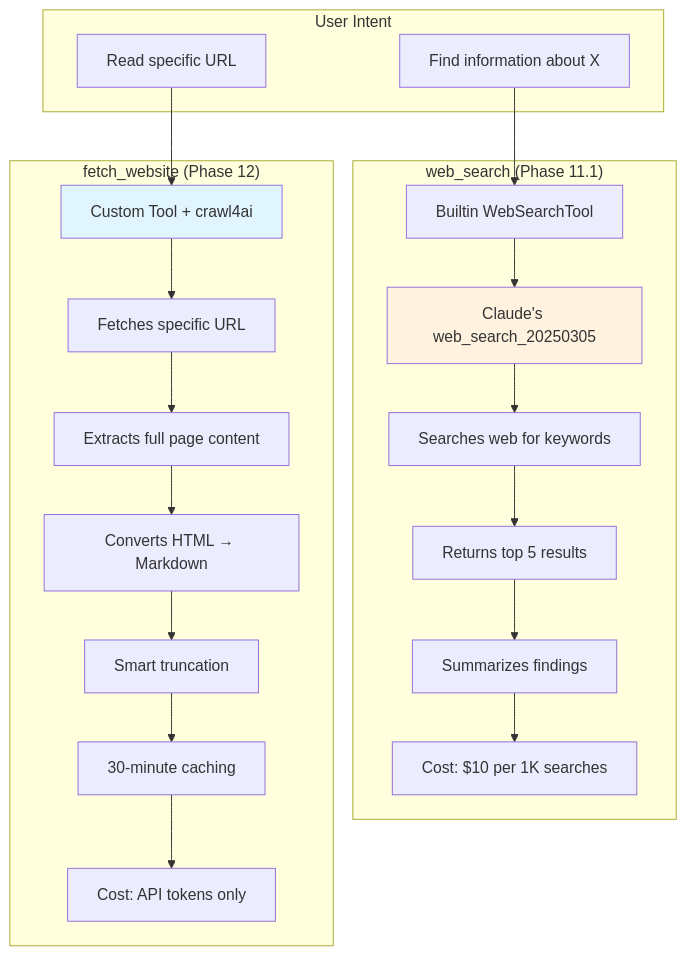
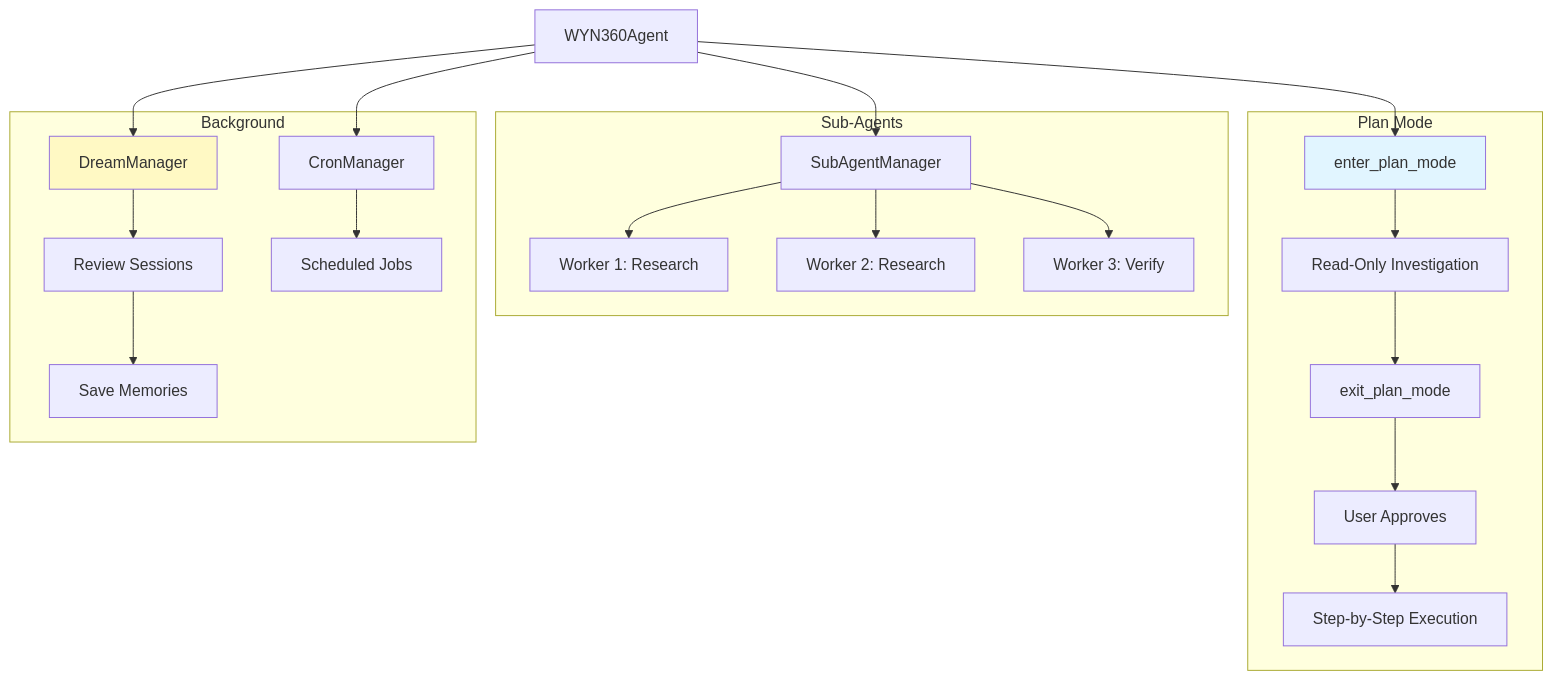
One commit to yiqiao-yin/wyn360-cli changed the third of 4 diagrams in docs/architecture/system.md. Above: the diagram before and after it, drawn with Mermaid. The commit also changed other lines of this file and 1 other file, not shown here.

First line of the commit message:
docs: Rewrite system architecture page for v0.5.2

````diff
--- a/docs/architecture/system.md
+++ b/docs/architecture/system.md
@@ -718,44 +155,29 @@
 ```mermaid
 graph TB
-    subgraph "User Intent"
-        Intent1["Find information about X"]
-        Intent2["Read specific URL"]
+    Agent[WYN360Agent] --> Planner
+    Agent --> SubAgent
+    Agent --> Dream
+    Agent --> Cron
+
+    subgraph "Plan Mode"
+        Planner[enter_plan_mode] --> Investigate[Read-Only Investigation]
+        Investigate --> Exit[exit_plan_mode]
+        Exit --> Approve[User Approves]
+        Approve --> Execute[Step-by-Step Execution]
     end
 
-    subgraph "web_search (Phase 11.1)"
-        WS1[Builtin WebSearchTool]
-        WS2[Claude's web_search_20250305]
-        WS3[Searches web for keywords]
-        WS4[Returns top 5 results]
-        WS5[Summarizes findings]
-        WS6[Cost: $10 per 1K searches]
+    subgraph "Sub-Agents"
+        SubAgent[SubAgentManager] --> W1[Worker 1: Research]
+        SubAgent --> W2[Worker 2: Research]
+        SubAgent --> W3[Worker 3: Verify]
     end
 
-    subgraph "fetch_website (Phase 12)"
-        FW1[Custom Tool + crawl4ai]
-        FW2[Fetches specific URL]
-        FW3[Extracts full page content]
-        FW4[Converts HTML → Markdown]
-        FW5[Smart truncation]
-        FW6[30-minute caching]
-        FW7[Cost: API tokens only]
+    subgraph "Background"
+        Dream[DreamManager] --> Consolidate[Review Sessions]
+        Consolidate --> SaveMem[Save Memories]
+        Cron[CronManager] --> Jobs[Scheduled Jobs]
     end
 
-    Intent1 --> WS1
-    WS1 --> WS2
-    WS2 --> WS3
-    WS3 --> WS4
-    WS4 --> WS5
-    WS5 --> WS6
-
-    Intent2 --> FW1
-    FW1 --> FW2
-    FW2 --> FW3
-    FW3 --> FW4
-    FW4 --> FW5
-    FW5 --> FW6
-    FW6 --> FW7
-
-    style WS2 fill:#fff3e0
-    style FW1 fill:#e1f5ff
+    style Planner fill:#e1f5ff
+    style Dream fill:#fff9c4
 ```
````
